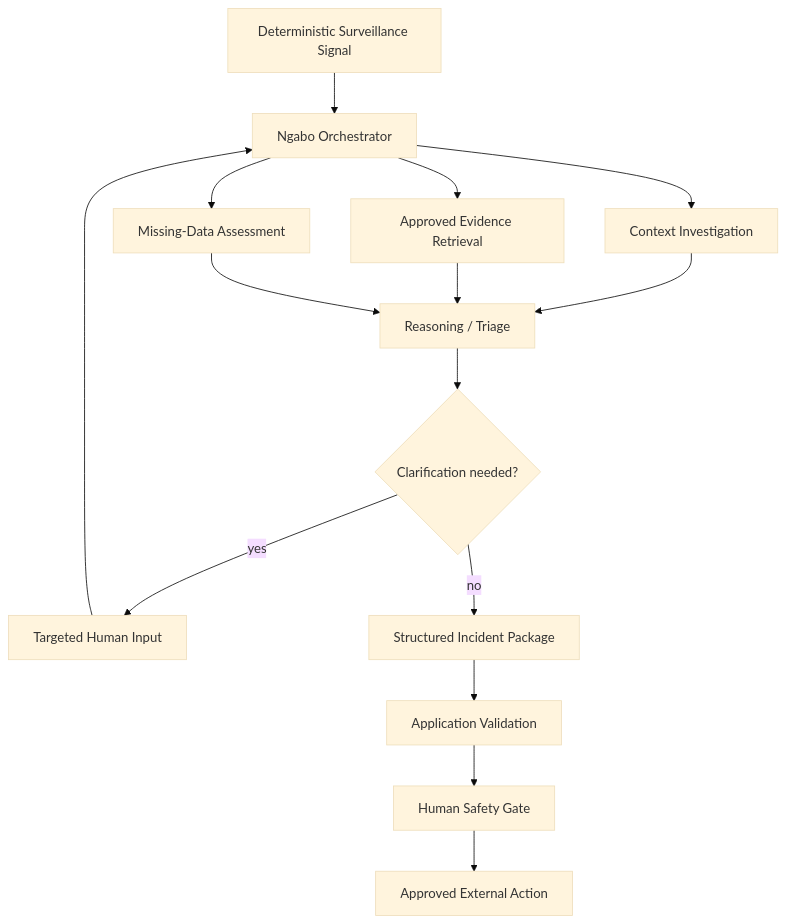
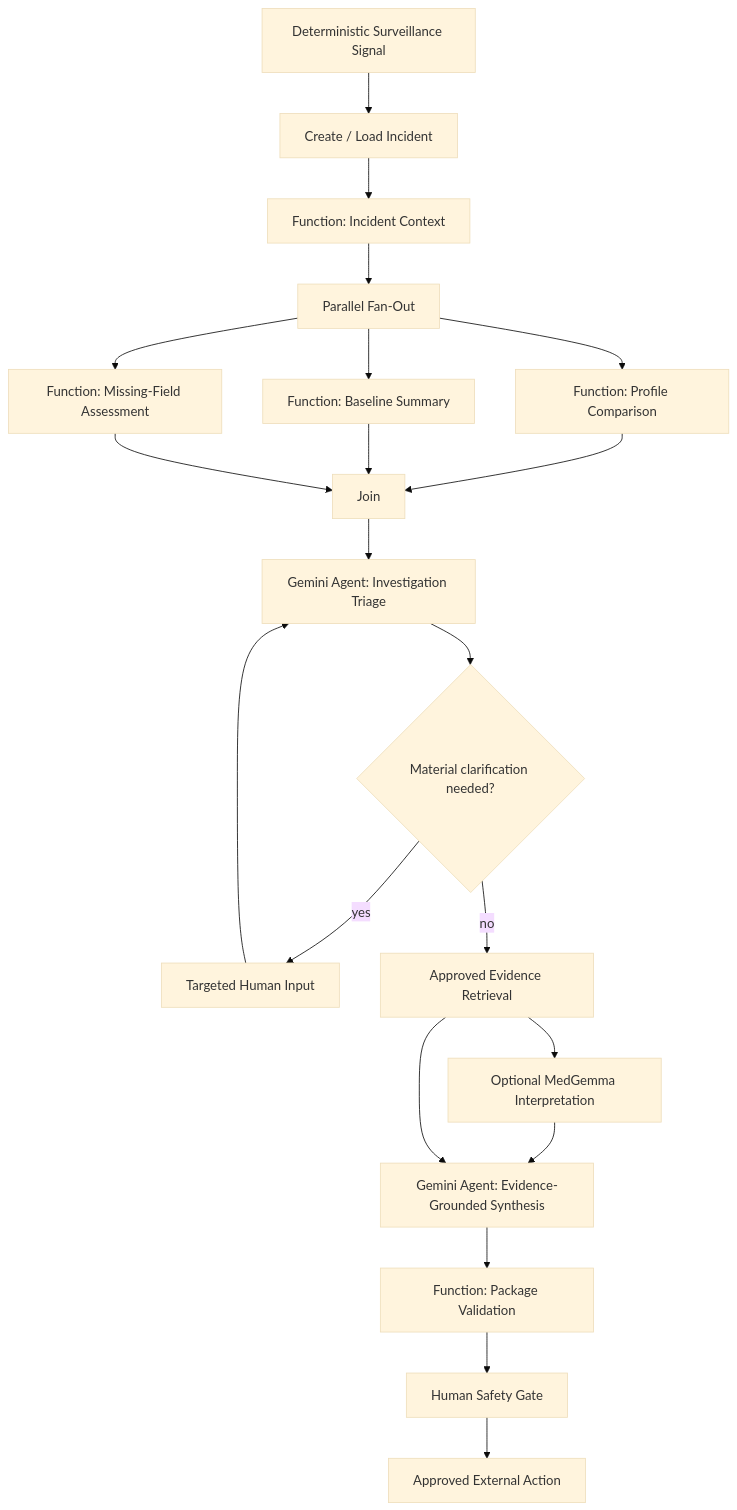
Before and after one commit to ronnielutaro/Ngabo-AMR-Surveillance: the diagram in docs/AGENT_ARCHITECTURE.md, drawn with Mermaid (base theme). The commit also changed other lines of this file, not shown here.

Commit message:
docs(agent): adopt graph-first hybrid workflow

````diff
--- a/docs/AGENT_ARCHITECTURE.md
+++ b/docs/AGENT_ARCHITECTURE.md
@@ -47,17 +75,23 @@
 ```mermaid
 flowchart TD
-    S[Deterministic Surveillance Signal] --> O[Ngabo Orchestrator]
-    O --> C[Context Investigation]
-    O --> E[Approved Evidence Retrieval]
-    O --> M[Missing-Data Assessment]
-    C --> R[Reasoning / Triage]
-    E --> R
-    M --> R
-    R --> Q{Clarification needed?}
+    S[Deterministic Surveillance Signal] --> I[Create / Load Incident]
+    I --> C[Function: Incident Context]
+    C --> F[Parallel Fan-Out]
+    F --> P[Function: Profile Comparison]
+    F --> B[Function: Baseline Summary]
+    F --> M[Function: Missing-Field Assessment]
+    P --> J[Join]
+    B --> J
+    M --> J
+    J --> T[Gemini Agent: Investigation Triage]
+    T --> Q{Material clarification needed?}
     Q -- yes --> H[Targeted Human Input]
-    H --> O
-    Q -- no --> P[Structured Incident Package]
-    P --> V[Application Validation]
+    H --> T
+    Q -- no --> E[Approved Evidence Retrieval]
+    E --> X[Optional MedGemma Interpretation]
+    X --> Y[Gemini Agent: Evidence-Grounded Synthesis]
+    E --> Y
+    Y --> V[Function: Package Validation]
     V --> G[Human Safety Gate]
     G --> A[Approved External Action]
 ```
````
